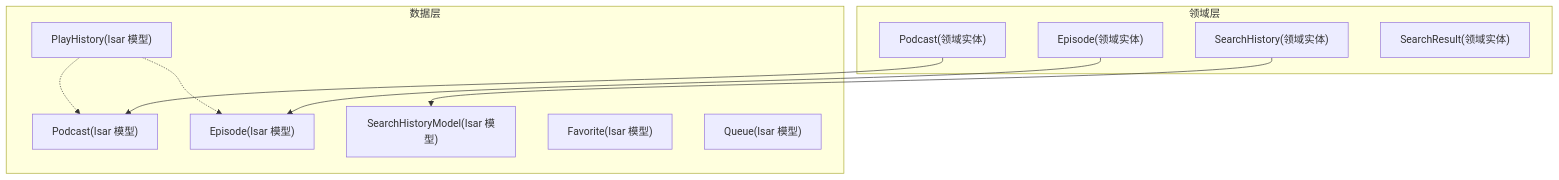
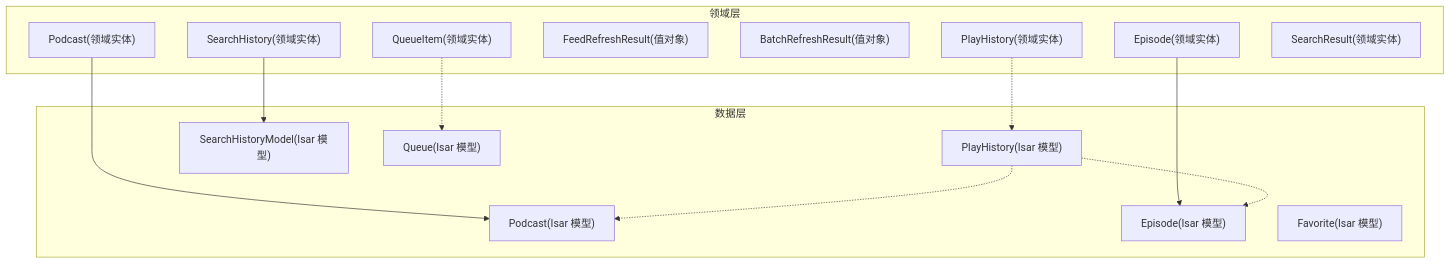
One commit to ZTfer/Tinycast changed the first of 6 diagrams in .qoder/repowiki/zh/content/API 参考/领域实体 API.md. Above: the diagram before and after it, drawn with Mermaid. The commit also changed other lines of this file and 187 other files, not shown here.

````diff
--- a/.qoder/repowiki/zh/content/API 参考/领域实体 API.md
+++ b/.qoder/repowiki/zh/content/API 参考/领域实体 API.md
@@ -39,22 +52,28 @@
 ```mermaid
 graph TB
 subgraph "领域层"
 D_Podcast["Podcast(领域实体)"]
 D_Episode["Episode(领域实体)"]
+D_PlayHistory["PlayHistory(领域实体)"]
+D_FeedRefreshResult["FeedRefreshResult(值对象)"]
+D_BatchRefreshResult["BatchRefreshResult(值对象)"]
+D_QueueItem["QueueItem(领域实体)"]
 D_SearchHistory["SearchHistory(领域实体)"]
 D_SearchResult["SearchResult(领域实体)"]
 end
 subgraph "数据层"
 M_PlayHistory["PlayHistory(Isar 模型)"]
 M_Podcast["Podcast(Isar 模型)"]
 M_Episode["Episode(Isar 模型)"]
 M_SearchHistory["SearchHistoryModel(Isar 模型)"]
 M_Favorite["Favorite(Isar 模型)"]
 M_Queue["Queue(Isar 模型)"]
 end
 D_Podcast --> M_Podcast
 D_Episode --> M_Episode
+D_PlayHistory -.-> M_PlayHistory
+D_QueueItem -.-> M_Queue
 D_SearchHistory --> M_SearchHistory
 M_PlayHistory -.-> M_Episode
 M_PlayHistory -.-> M_Podcast
 ```
````
